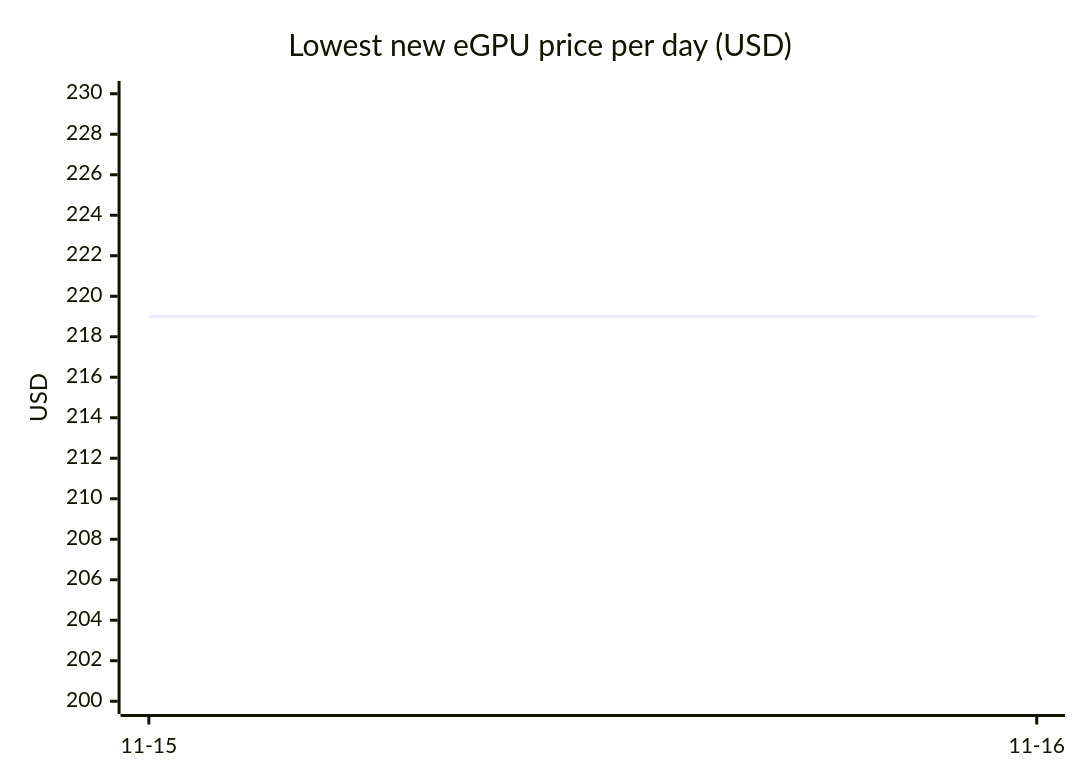
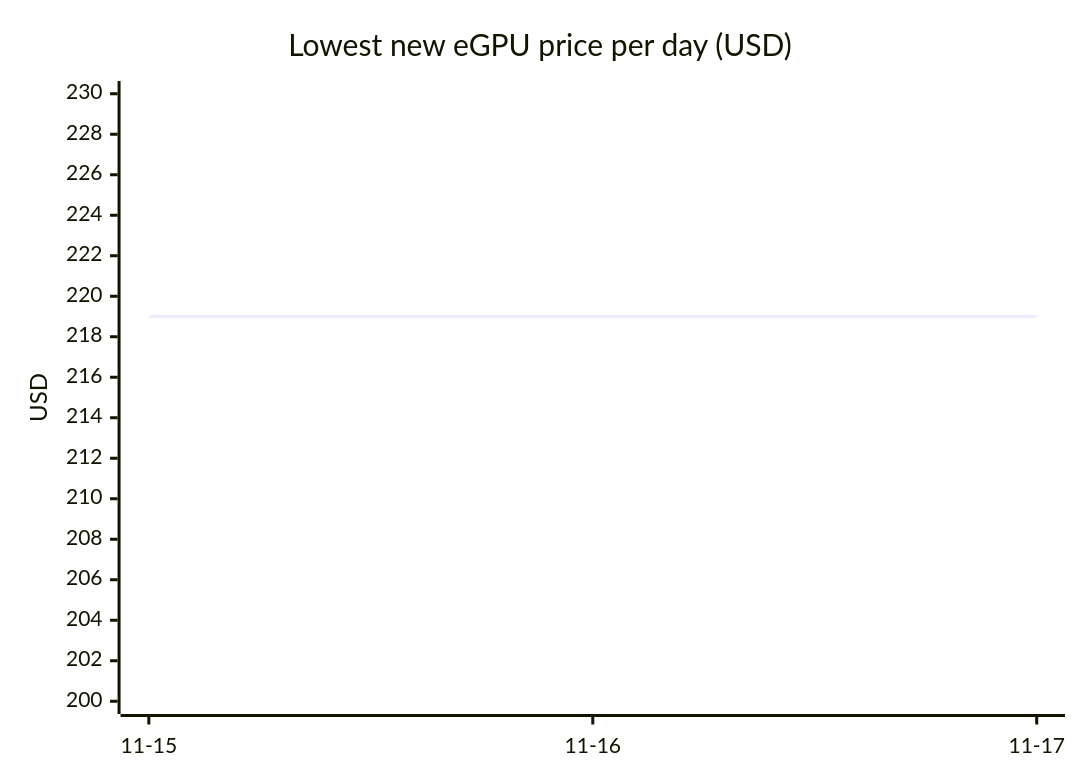
Diagram 15 of 18 in README.md (7324136828/4tb_ssd_price_watch), drawn with Mermaid before and after one commit. The commit also changed other lines of this file, not shown here.

````diff
--- a/README.md
+++ b/README.md
@@ -743,7 +789,7 @@
 ```mermaid
 xychart-beta
     title "Lowest new eGPU price per day (USD)"
-    x-axis ["11-15", "11-16"]
+    x-axis ["11-15", "11-16", "11-17"]
     y-axis "USD" 200 --> 230
-    line [219.00, 219.00]
+    line [219.00, 219.00, 219.00]
 ```
````
